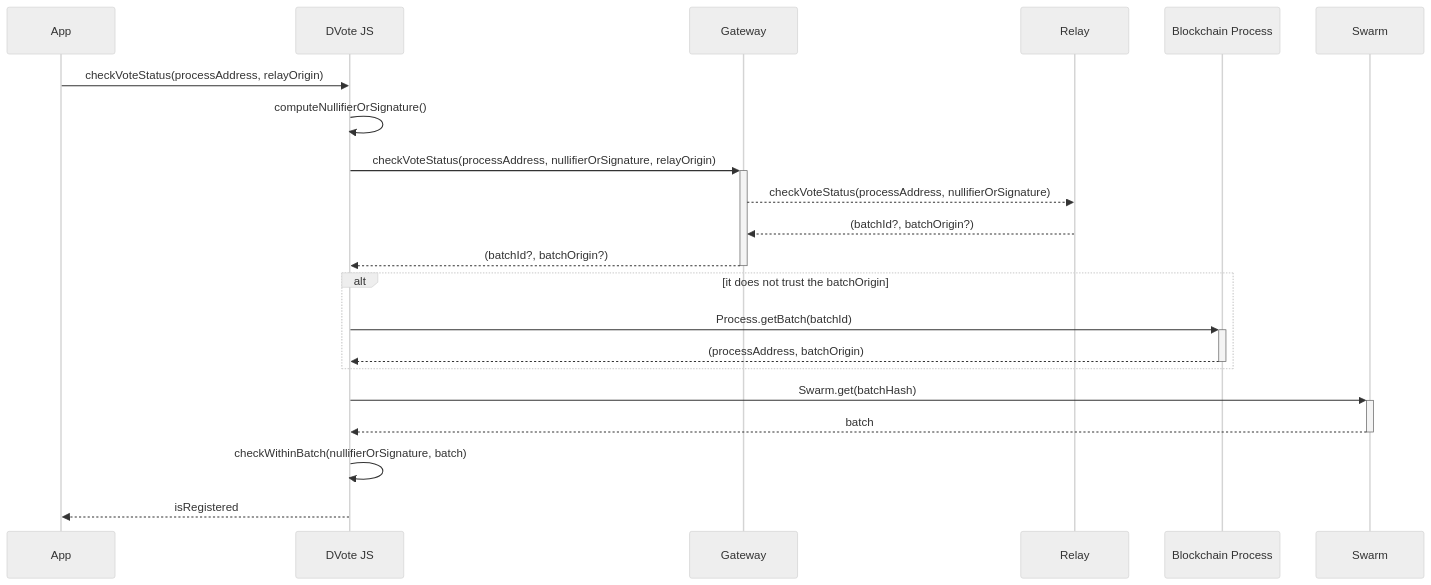
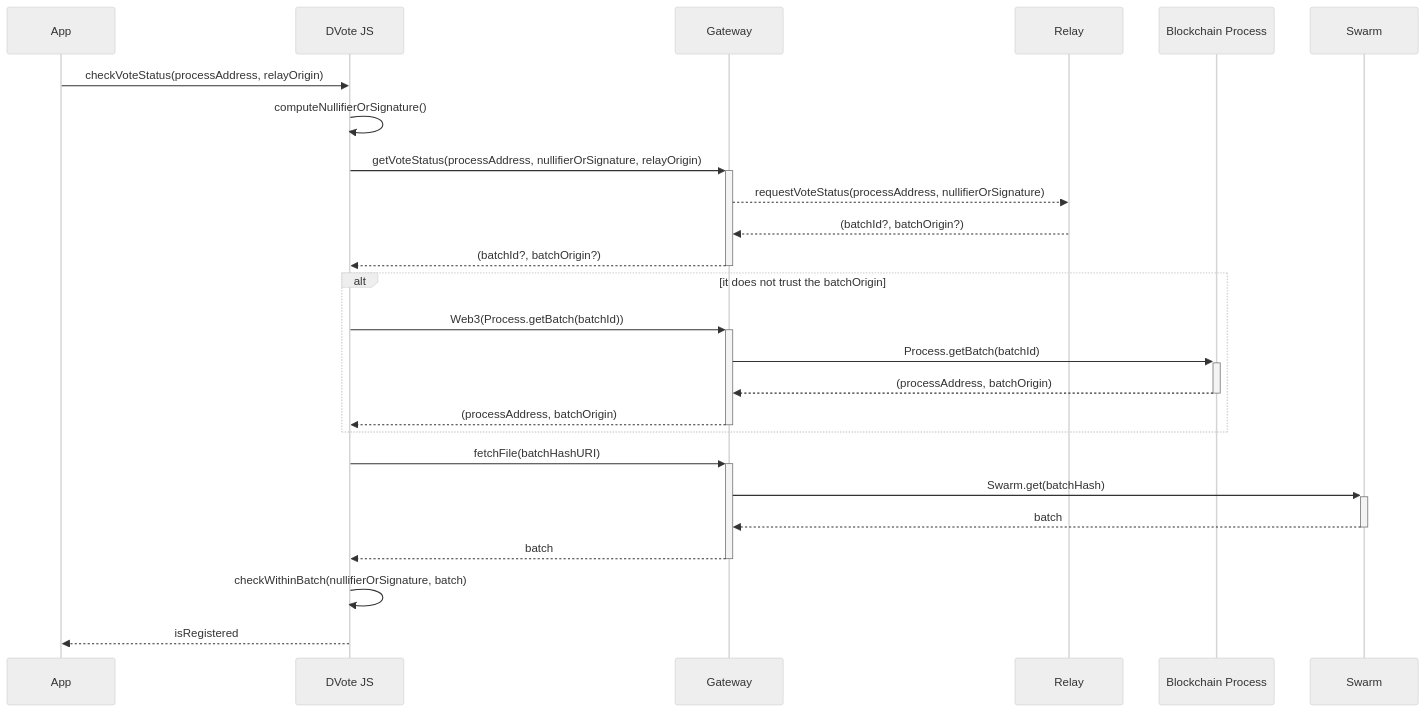
Before and after one commit to vocdoni/docs: diagram 13 of 15 in docs/protocol/sequence-diagrams.md, drawn with Mermaid (neutral theme). The commit also changed other lines of this file, not shown here.

Commit message:
modified sequence diagrams to include gateway dependency

````diff
--- a/docs/protocol/sequence-diagrams.md
+++ b/docs/protocol/sequence-diagrams.md
@@ -465,34 +501,38 @@
 ```mermaid
 sequenceDiagram
     participant App
     participant DV as DVote JS
     participant GW as Gateway
     participant RL as Relay
     participant BC as Blockchain Process
     participant SW as Swarm
 
     App->>DV: checkVoteStatus(processAddress, relayOrigin)
 
         DV->>DV: computeNullifierOrSignature()
 
-        DV->>+GW: checkVoteStatus(processAddress, nullifierOrSignature, relayOrigin)
+        DV->>+GW: getVoteStatus(processAddress, nullifierOrSignature, relayOrigin)
 
-            GW-->>RL: checkVoteStatus(processAddress, nullifierOrSignature)
+            GW-->>RL: requestVoteStatus(processAddress, nullifierOrSignature)
             RL-->>GW: (batchId?, batchOrigin?)
 
         GW-->>-DV: (batchId?, batchOrigin?)
 
         alt it does not trust the batchOrigin
 
-            DV->>+BC: Process.getBatch(batchId)
-            BC-->>-DV: (processAddress, batchOrigin)
+            DV->>+GW: Web3(Process.getBatch(batchId))
+            GW->>+BC: Process.getBatch(batchId)
+            BC-->>-GW: (processAddress, batchOrigin)
+            GW-->>-DV: (processAddress, batchOrigin)
 
         end
 
-        DV->>+SW: Swarm.get(batchHash)
-        SW-->>-DV: batch
+        DV->>+GW: fetchFile(batchHashURI)
+        GW->>+SW: Swarm.get(batchHash)
+        SW-->>-GW: batch
+        GW-->>-DV: batch
 
         DV->>DV: checkWithinBatch(nullifierOrSignature, batch)
 
     DV-->>App: isRegistered
 ```
````
